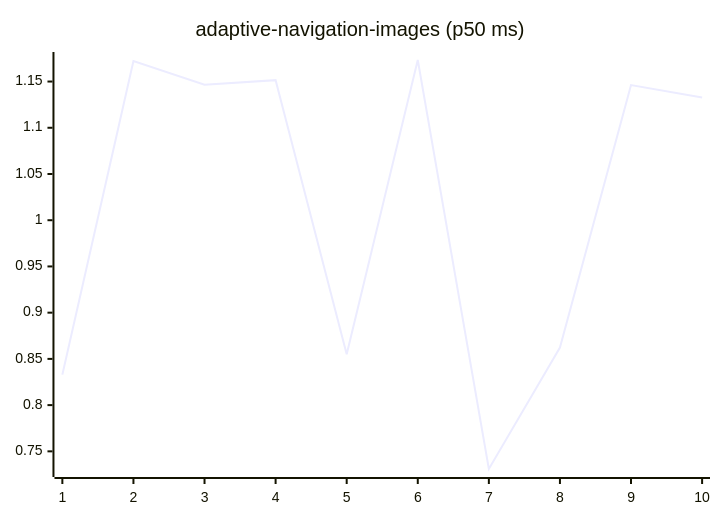
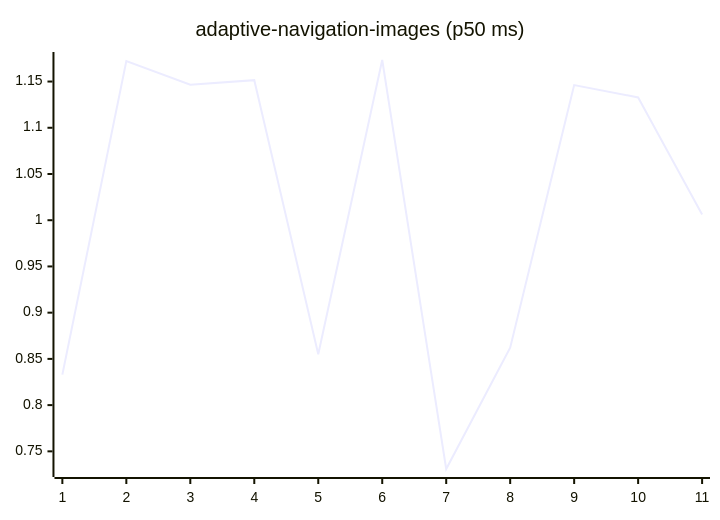
The first of 27 diagrams in README.md (josha/Facet), drawn with Mermaid before and after one commit. The commit also changed other lines of this file and 2 other files, not shown here.

````diff
--- a/README.md
+++ b/README.md
@@ -63,6 +63,6 @@
 ```mermaid
 xychart-beta
     title "adaptive-navigation-images (p50 ms)"
-    x-axis 1 --> 10
-    line [0.8330, 1.1721, 1.1465, 1.1515, 0.8551, 1.1733, 0.7309, 0.8622, 1.1462, 1.1328]
+    x-axis 1 --> 11
+    line [0.8330, 1.1721, 1.1465, 1.1515, 0.8551, 1.1733, 0.7309, 0.8622, 1.1462, 1.1328, 1.0062]
 ```
````
